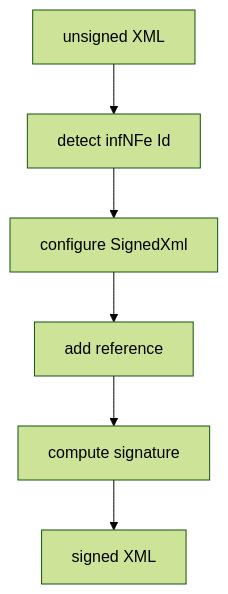
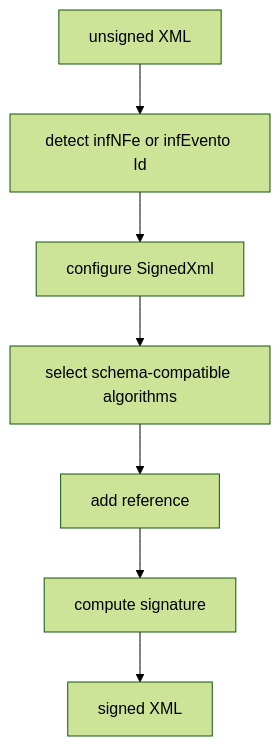
Before and after one commit to linkiez/nfe_sdk: the diagram in src/canonical/signing/xml-signature.doc.md, drawn with Mermaid (forest theme). The commit also changed other lines of this file and 33 other files, not shown here.

````diff
--- a/src/canonical/signing/xml-signature.doc.md
+++ b/src/canonical/signing/xml-signature.doc.md
@@ -20,8 +21,9 @@
 ```mermaid
 flowchart TD
-  A[unsigned XML] --> B[detect infNFe Id]
+  A[unsigned XML] --> B[detect infNFe or infEvento Id]
   B --> C[configure SignedXml]
-  C --> D[add reference]
-  D --> E[compute signature]
-  E --> F[signed XML]
+  C --> D[select schema-compatible algorithms]
+  D --> E[add reference]
+  E --> F[compute signature]
+  F --> G[signed XML]
 ```
````
